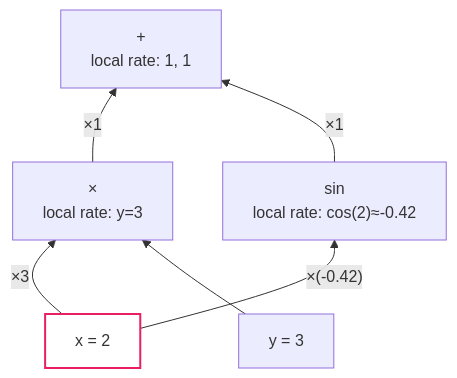
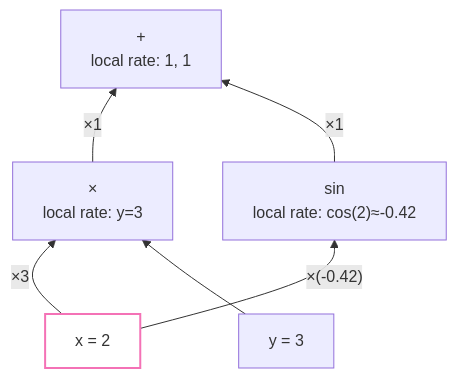
One commit to bolu-atx/bolu-atx.github.io changed the fourth of 9 diagrams in _posts/2025-06-15-autodiff-rust-part1-graphs.md. Above: the diagram before and after it, drawn with Mermaid. The commit also changed other lines of this file and 5 other files, not shown here.

First line of the commit message:
Add dark mode support for Mermaid diagrams

````diff
--- a/_posts/2025-06-15-autodiff-rust-part1-graphs.md
+++ b/_posts/2025-06-15-autodiff-rust-part1-graphs.md
@@ -177,16 +180,17 @@
 ```mermaid
 graph BT
     x["x = 2"]
     y["y = 3"]
     mul["×<br/>local rate: y=3"]
     sin["sin<br/>local rate: cos(2)≈-0.42"]
     add["+<br/>local rate: 1, 1"]
 
     x -->|"×3"| mul
     y --> mul
     x -->|"×(-0.42)"| sin
     mul -->|"×1"| add
     sin -->|"×1"| add
 
-    style x fill:none,stroke:#E91E63,stroke-width:2px
+    classDef highlight fill:none,stroke:#f472b6,stroke-width:2px
+    class x highlight
 ```
````
